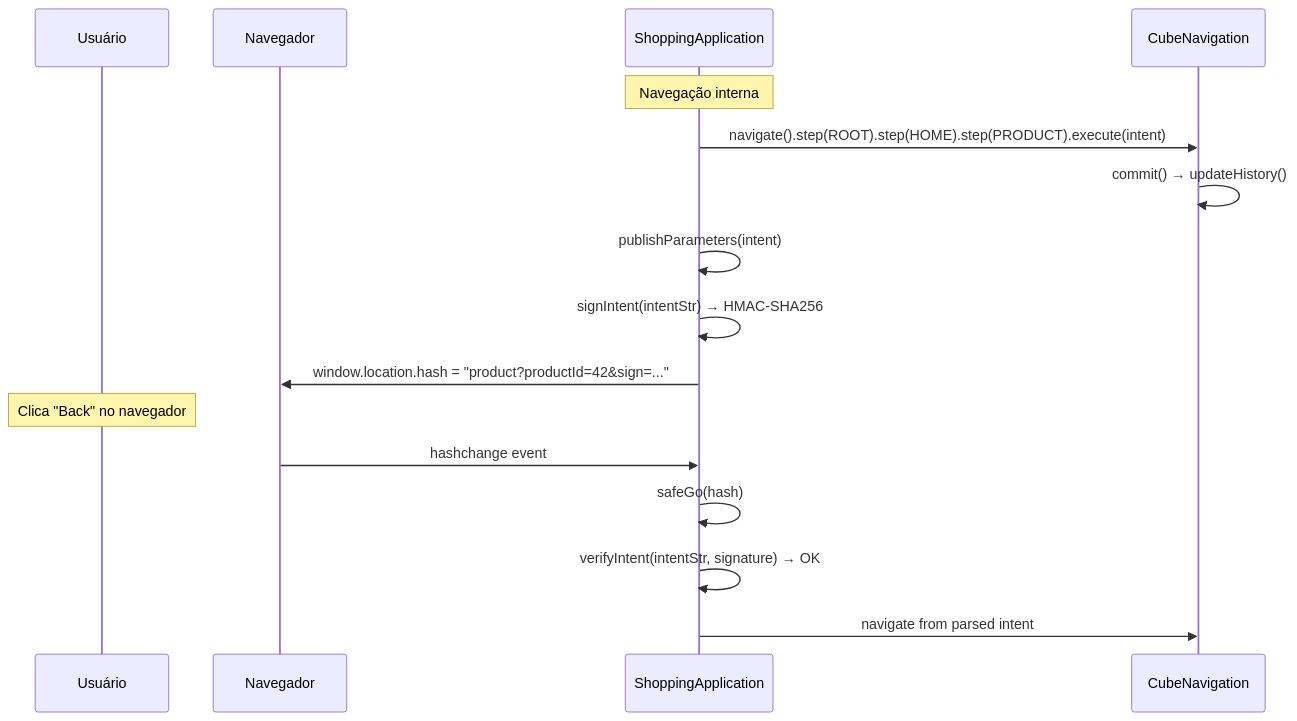
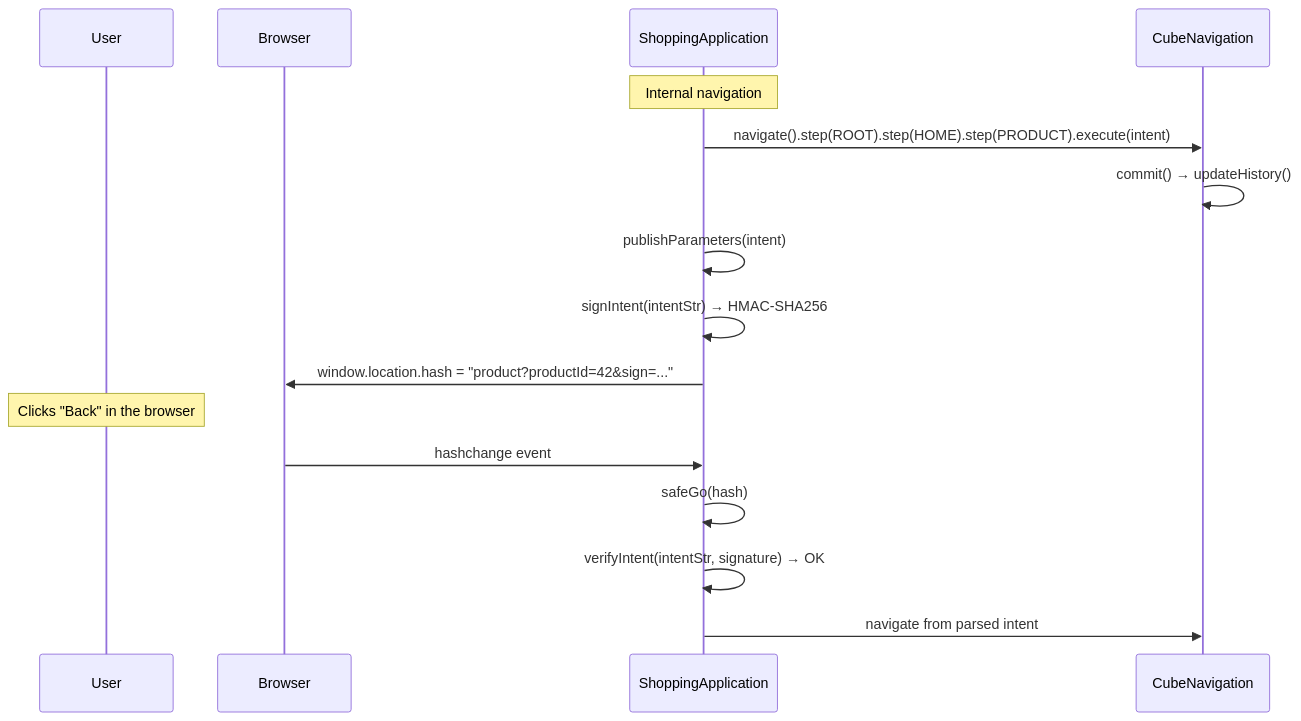
Before and after one commit to mrcdom/wdc-cube-kotlin: the eighth of 9 diagrams in docs/architecture-cube-compose.md, drawn with Mermaid. The commit also changed other lines of this file and 10 other files, not shown here.

First line of the commit message:
docs: architecture docs and top-level READMEs in US English

````diff
--- a/docs/architecture-cube-compose.md
+++ b/docs/architecture-cube-compose.md
@@ -537,20 +537,20 @@
 ```mermaid
 sequenceDiagram
-    participant User as Usuário
-    participant Browser as Navegador
+    participant User as User
+    participant Browser as Browser
     participant App as ShoppingApplication
     participant Nav as CubeNavigation
 
-    Note over App: Navegação interna
+    Note over App: Internal navigation
     App->>Nav: navigate().step(ROOT).step(HOME).step(PRODUCT).execute(intent)
     Nav->>Nav: commit() → updateHistory()
     App->>App: publishParameters(intent)
     App->>App: signIntent(intentStr) → HMAC-SHA256
     App->>Browser: window.location.hash = "product?productId=42&sign=..."
 
-    Note over User: Clica "Back" no navegador
+    Note over User: Clicks "Back" in the browser
     Browser->>App: hashchange event
     App->>App: safeGo(hash)
     App->>App: verifyIntent(intentStr, signature) → OK
     App->>Nav: navigate from parsed intent
 ```
````
